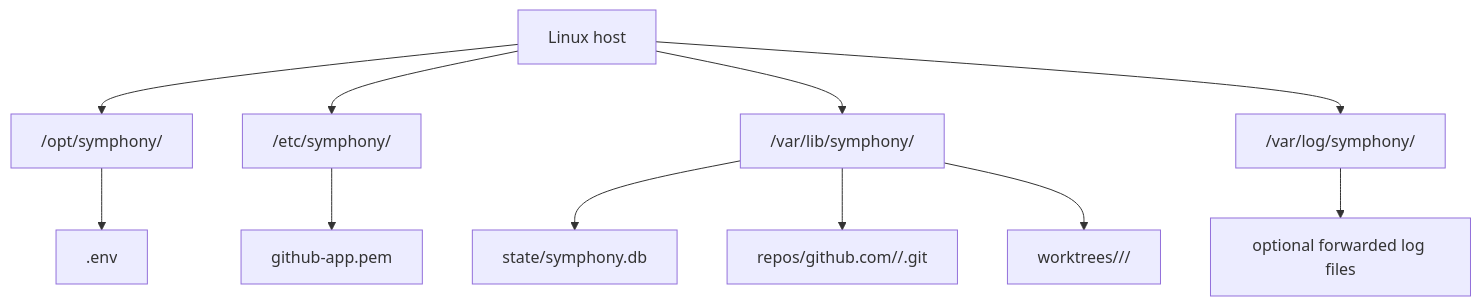
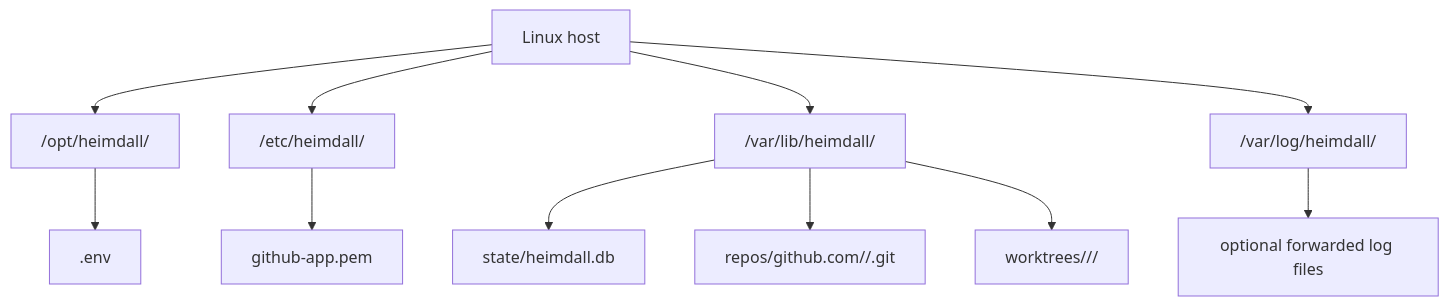
Before and after one commit to mngeow/heimdall: the diagram in docs/setup/linux-host.md, drawn with Mermaid. The commit also changed other lines of this file and 112 other files, not shown here.

````diff
--- a/docs/setup/linux-host.md
+++ b/docs/setup/linux-host.md
@@ -39,13 +39,13 @@
 ```mermaid
 flowchart TB
-    Host["Linux host"] --> Project["/opt/symphony/"]
-    Host --> Etc["/etc/symphony/"]
-    Host --> VarLib["/var/lib/symphony/"]
-    Host --> VarLog["/var/log/symphony/"]
+    Host["Linux host"] --> Project["/opt/heimdall/"]
+    Host --> Etc["/etc/heimdall/"]
+    Host --> VarLib["/var/lib/heimdall/"]
+    Host --> VarLog["/var/log/heimdall/"]
     Project --> Config[".env"]
     Etc --> Key["github-app.pem"]
-    VarLib --> State["state/symphony.db"]
+    VarLib --> State["state/heimdall.db"]
     VarLib --> Repos["repos/github.com/<owner>/<repo>.git"]
     VarLib --> Worktrees["worktrees/<provider>/<issue-key>/"]
     VarLog --> Logs["optional forwarded log files"]
 ```
````
